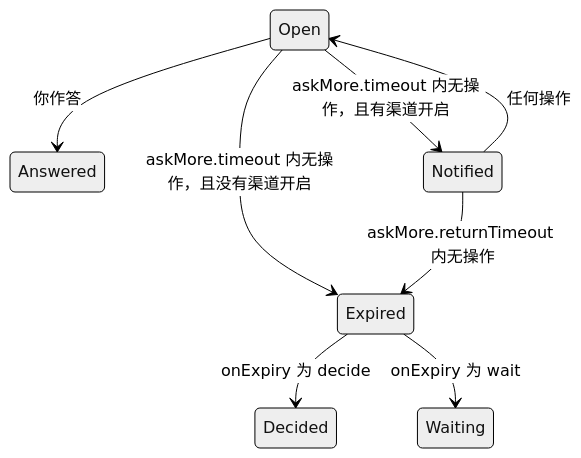
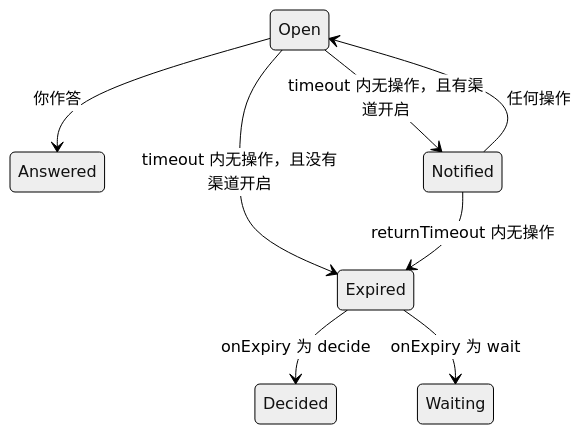
One commit to oh-my-omp/omp-ask-more changed the diagram in README.zh-CN.md. Above: the diagram before and after it, drawn with Mermaid (neutral theme). The commit also changed other lines of this file and 13 other files, not shown here.

````diff
--- a/README.zh-CN.md
+++ b/README.zh-CN.md
@@ -126,10 +141,10 @@
 ```mermaid
 stateDiagram-v2
   Open --> Answered: 你作答
-  Open --> Notified: askMore.timeout 内无操作，且有渠道开启
-  Open --> Expired: askMore.timeout 内无操作，且没有渠道开启
+  Open --> Notified: timeout 内无操作，且有渠道开启
+  Open --> Expired: timeout 内无操作，且没有渠道开启
   Notified --> Open: 任何操作
-  Notified --> Expired: askMore.returnTimeout 内无操作
+  Notified --> Expired: returnTimeout 内无操作
   Expired --> Decided: onExpiry 为 decide
   Expired --> Waiting: onExpiry 为 wait
 ```
````
